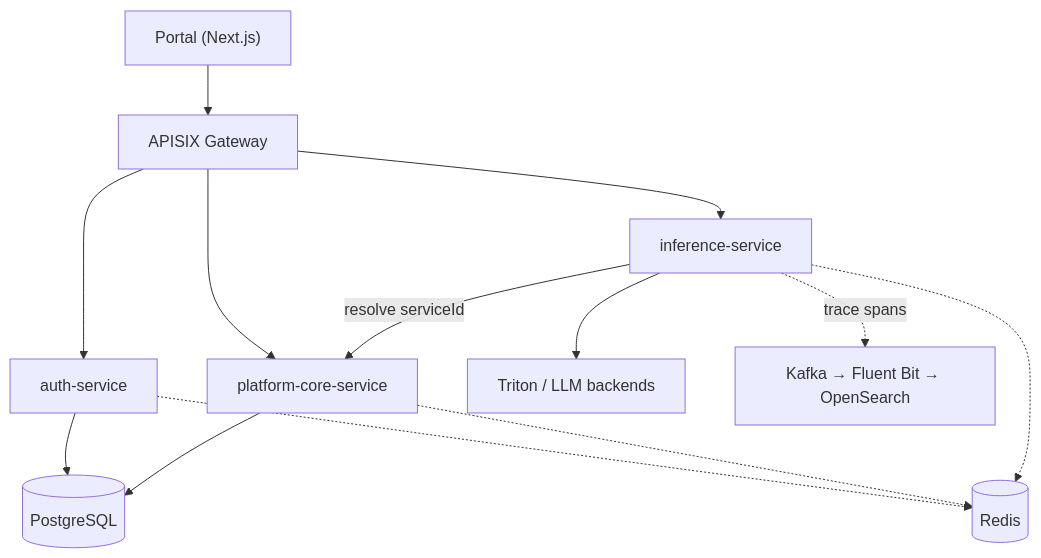
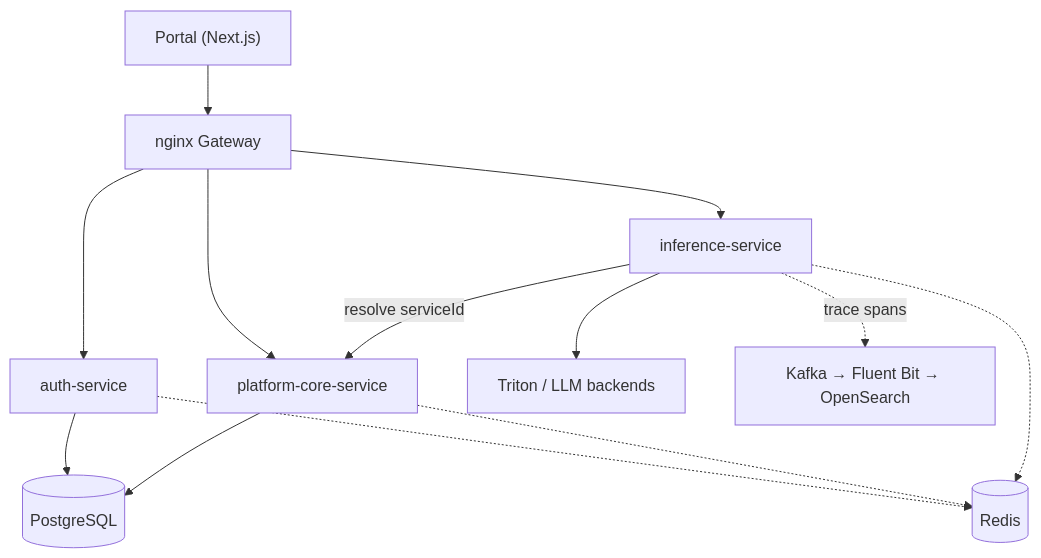
One commit to COSS-India/ai4i-core changed the first of 2 diagrams in docs/architecture/00-overview.md. Above: the diagram before and after it, drawn with Mermaid. The commit also changed other lines of this file and 11 other files, not shown here.

````diff
--- a/docs/architecture/00-overview.md
+++ b/docs/architecture/00-overview.md
@@ -20,19 +20,19 @@
 ```mermaid
 flowchart TB
-    Portal["Portal (Next.js)"] --> GW["APISIX Gateway"]
+    Portal["Portal (Next.js)"] --> GW["nginx Gateway"]
 
     GW --> AUTH["auth-service"]
     GW --> CORE["platform-core-service"]
     GW --> INF["inference-service"]
 
     AUTH --> PG[("PostgreSQL")]
     CORE --> PG
     AUTH -.-> REDIS[("Redis")]
     CORE -.-> REDIS
     INF -.-> REDIS
 
     INF -- "resolve serviceId" --> CORE
     INF --> BK["Triton / LLM backends"]
 
     INF -. "trace spans" .-> OBS["Kafka → Fluent Bit → OpenSearch"]
 ```
````
